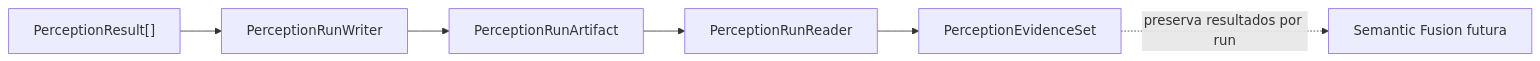
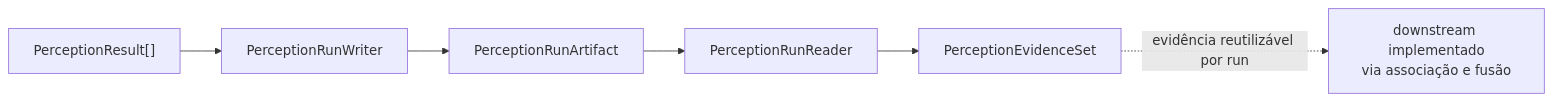
Before and after one commit to Alexandre-Tortoza/contextmap2: the eighth of 18 diagrams in docs/PIPELINE.md, drawn with Mermaid. The commit also changed other lines of this file and 3 other files, not shown here.

````diff
--- a/docs/PIPELINE.md
+++ b/docs/PIPELINE.md
@@ -288,8 +288,8 @@
 ```mermaid
 flowchart LR
     RESULT["PerceptionResult[]"] --> W["PerceptionRunWriter"]
     W --> ART["PerceptionRunArtifact"]
     ART --> R["PerceptionRunReader"]
     R --> SET["PerceptionEvidenceSet"]
-    SET -. preserva resultados por run .-> FUT["Semantic Fusion futura"]
+    SET -. evidência reutilizável por run .-> DOWN["downstream implementado<br/>via associação e fusão"]
 ```
````
